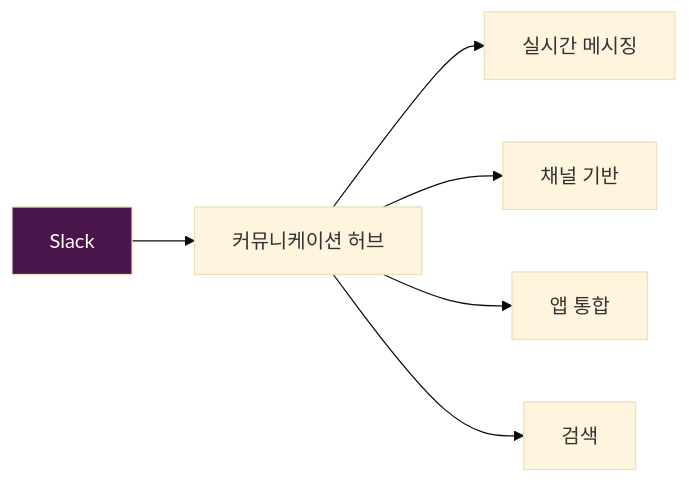
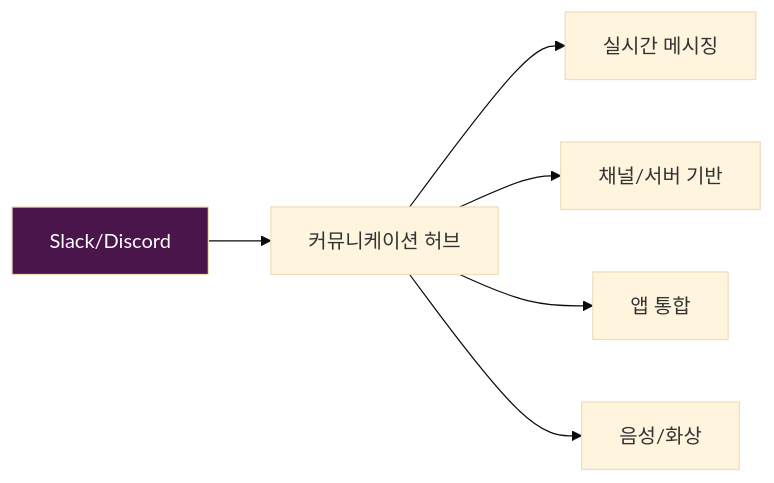
One commit to nugurejeil/weniVooks changed the eighth of 20 diagrams in _md/genai-notion/chapter06/06-2.md. Above: the diagram before and after it, drawn with Mermaid (base theme). The commit also changed other lines of this file and 10 other files, not shown here.

````diff
--- a/_md/genai-notion/chapter06/06-2.md
+++ b/_md/genai-notion/chapter06/06-2.md
@@ -349,11 +349,11 @@
 ```mermaid
 graph LR
-    A[Slack] --> B[커뮤니케이션 허브]
+    A[Slack/Discord] --> B[커뮤니케이션 허브]
 
     B --> B1[실시간 메시징]
-    B --> B2[채널 기반]
+    B --> B2[채널/서버 기반]
     B --> B3[앱 통합]
-    B --> B4[검색]
+    B --> B4[음성/화상]
 
     style A fill:#4A154B,color:#fff
 ```
````
